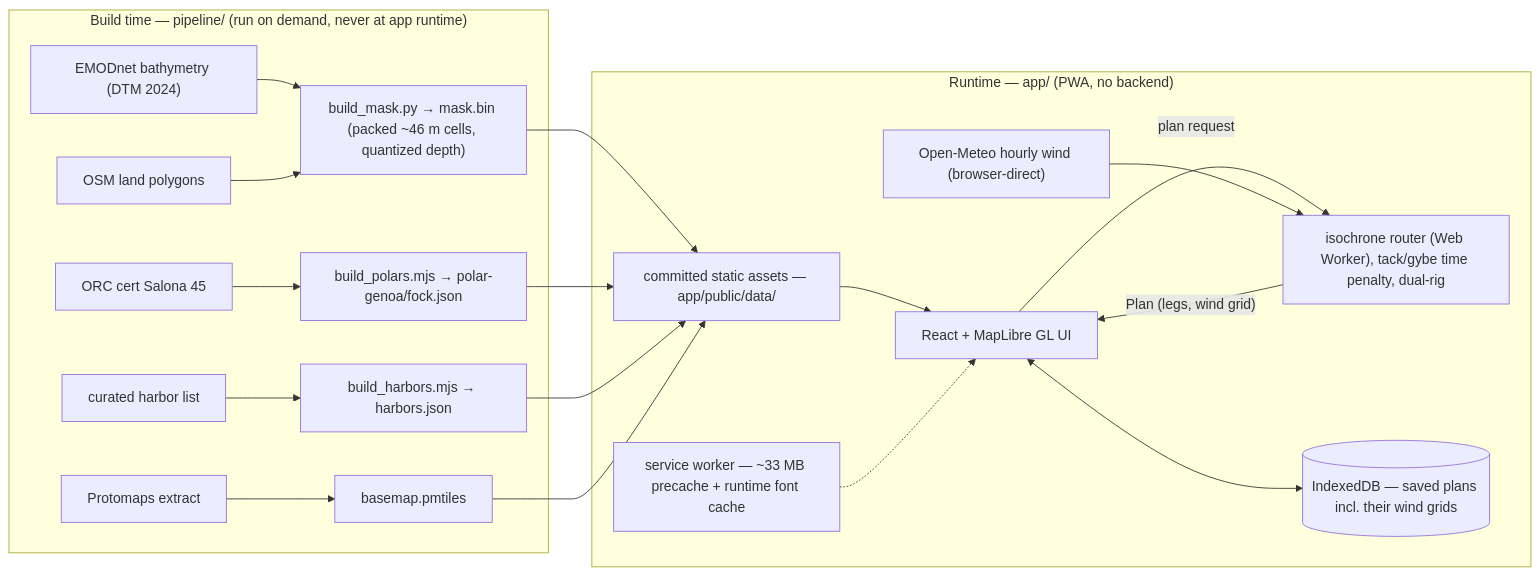
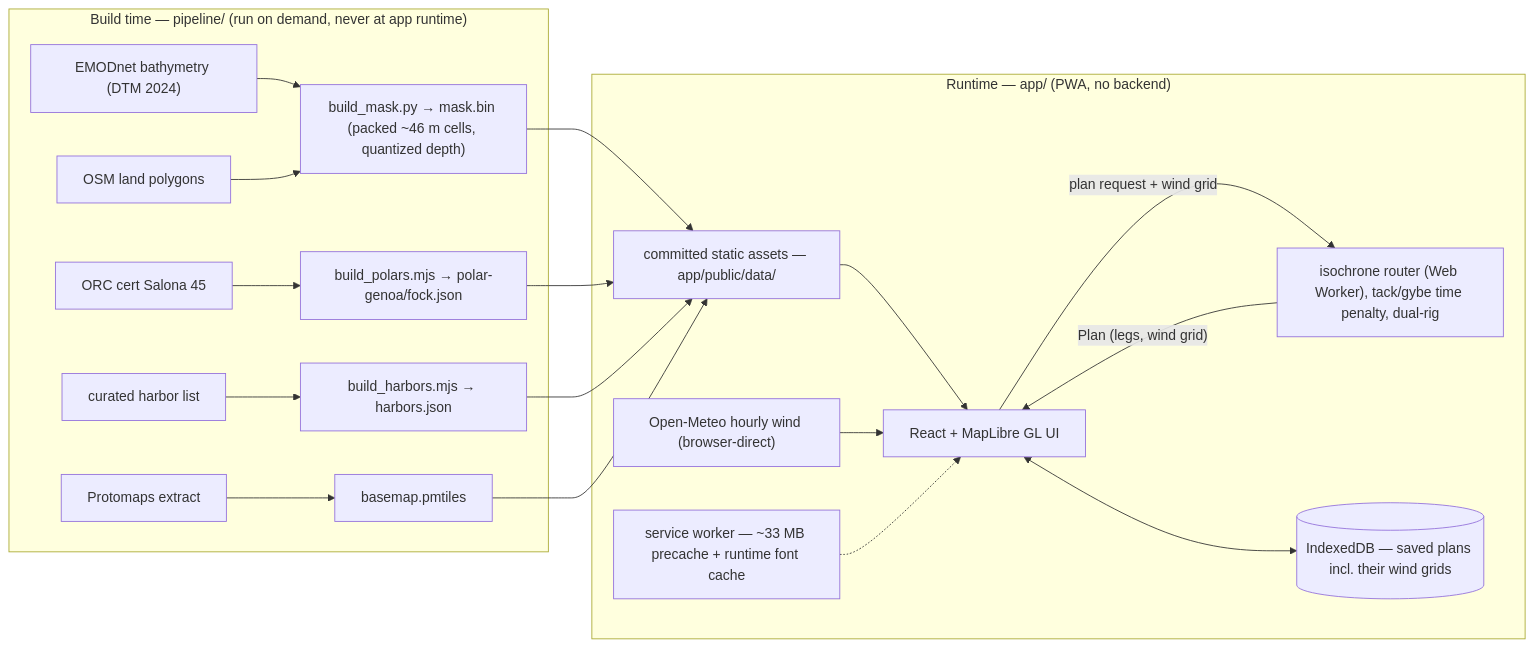
The diagram in README.md (DocGerd/sail_command), drawn with Mermaid before and after one commit. The commit also changed 1 other file, not shown here.

Commit message:
docs: architecture diagram — wind is fetched on the UI thread, not in the worker (PR #55 review)

````diff
--- a/README.md
+++ b/README.md
@@ -92,19 +92,19 @@
 ```mermaid
 flowchart LR
   subgraph pipeline ["Build time — pipeline/ (run on demand, never at app runtime)"]
     EMOD["EMODnet bathymetry (DTM 2024)"] --> MASK["build_mask.py → mask.bin (packed ~46 m cells, quantized depth)"]
     OSMLP["OSM land polygons"] --> MASK
     ORC["ORC cert Salona 45"] --> POLARS["build_polars.mjs → polar-genoa/fock.json"]
     CUR["curated harbor list"] --> HARB["build_harbors.mjs → harbors.json"]
     PROTO["Protomaps extract"] --> PMT["basemap.pmtiles"]
   end
   MASK & POLARS & HARB & PMT --> ASSETS["committed static assets — app/public/data/"]
   subgraph app ["Runtime — app/ (PWA, no backend)"]
     ASSETS --> UI["React + MapLibre GL UI"]
-    UI -->|"plan request"| WORKER["isochrone router (Web Worker), tack/gybe time penalty, dual-rig"]
-    OM["Open-Meteo hourly wind (browser-direct)"] --> WORKER
+    OM["Open-Meteo hourly wind (browser-direct)"] --> UI
+    UI -->|"plan request + wind grid"| WORKER["isochrone router (Web Worker), tack/gybe time penalty, dual-rig"]
     WORKER -->|"Plan (legs, wind grid)"| UI
     UI <--> IDB[("IndexedDB — saved plans incl. their wind grids")]
     SW["service worker — ~33 MB precache + runtime font cache"] -.-> UI
   end
 ```
````
